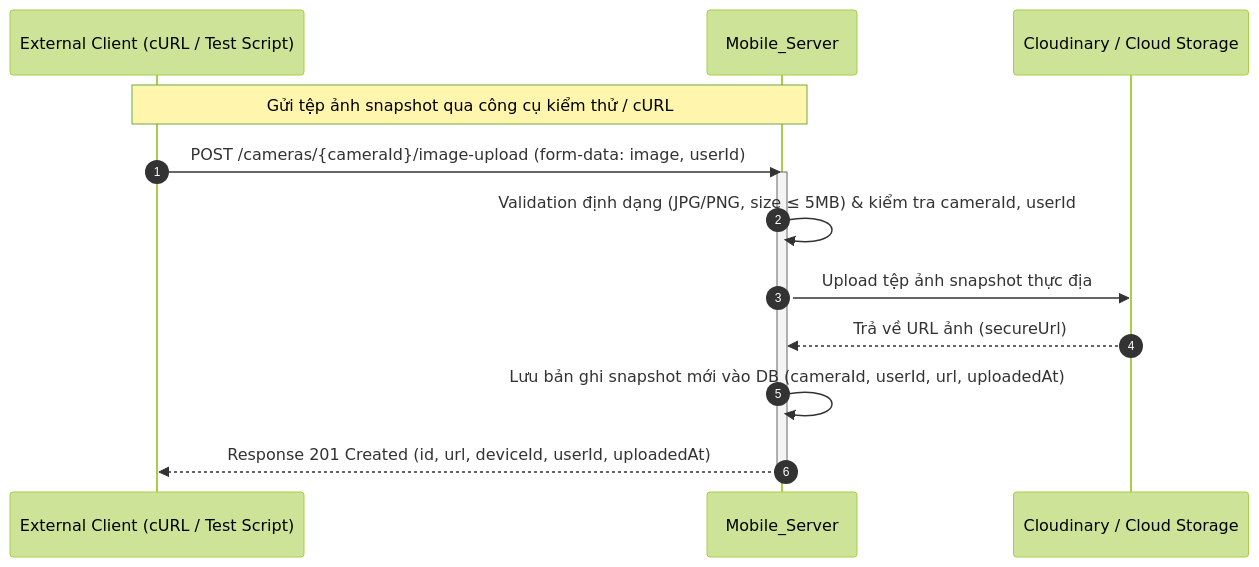
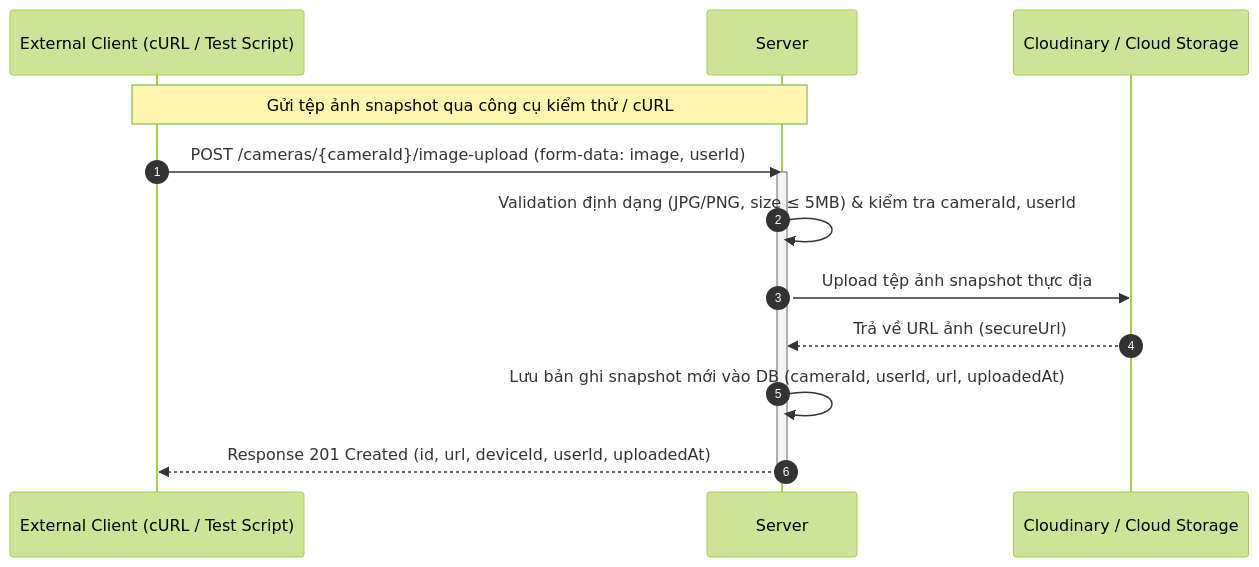
Before and after one commit to trungnguyenthien/Wildlife-Warning-and-Deterrence-System: diagram 18 of 18 in docs/04-sequence-diagram.md, drawn with Mermaid (forest theme). The commit also changed other lines of this file, not shown here.

Commit message:
docs: update sequence diagram to reflect latest system workflow changes

````diff
--- a/docs/04-sequence-diagram.md
+++ b/docs/04-sequence-diagram.md
@@ -758,17 +758,17 @@
 ```mermaid
 sequenceDiagram
     autonumber
     participant Client_Test as External Client (cURL / Test Script)
-    participant Mobile_Server as Mobile_Server
+    participant Server as Server
     participant Cloudinary as Cloudinary / Cloud Storage
 
-    Note over Client_Test, Mobile_Server: Gửi tệp ảnh snapshot qua công cụ kiểm thử / cURL
-    Client_Test->>Mobile_Server: POST /cameras/{cameraId}/image-upload (form-data: image, userId)
-    activate Mobile_Server
-    Mobile_Server->>Mobile_Server: Validation định dạng (JPG/PNG, size ≤ 5MB) & kiểm tra cameraId, userId
-    Mobile_Server->>Cloudinary: Upload tệp ảnh snapshot thực địa
-    Cloudinary-->>Mobile_Server: Trả về URL ảnh (secureUrl)
-    Mobile_Server->>Mobile_Server: Lưu bản ghi snapshot mới vào DB (cameraId, userId, url, uploadedAt)
-    Mobile_Server-->>Client_Test: Response 201 Created (id, url, deviceId, userId, uploadedAt)
-    deactivate Mobile_Server
+    Note over Client_Test, Server: Gửi tệp ảnh snapshot qua công cụ kiểm thử / cURL
+    Client_Test->>Server: POST /cameras/{cameraId}/image-upload (form-data: image, userId)
+    activate Server
+    Server->>Server: Validation định dạng (JPG/PNG, size ≤ 5MB) & kiểm tra cameraId, userId
+    Server->>Cloudinary: Upload tệp ảnh snapshot thực địa
+    Cloudinary-->>Server: Trả về URL ảnh (secureUrl)
+    Server->>Server: Lưu bản ghi snapshot mới vào DB (cameraId, userId, url, uploadedAt)
+    Server-->>Client_Test: Response 201 Created (id, url, deviceId, userId, uploadedAt)
+    deactivate Server
 ```
````
